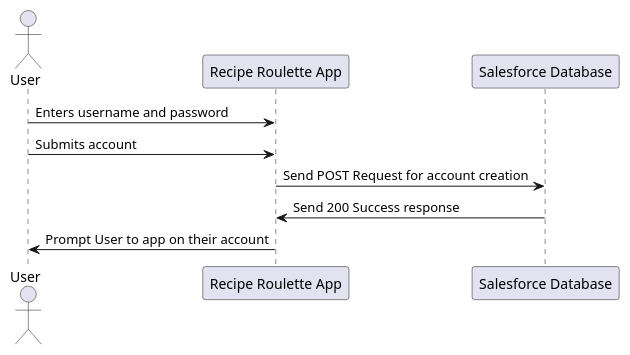
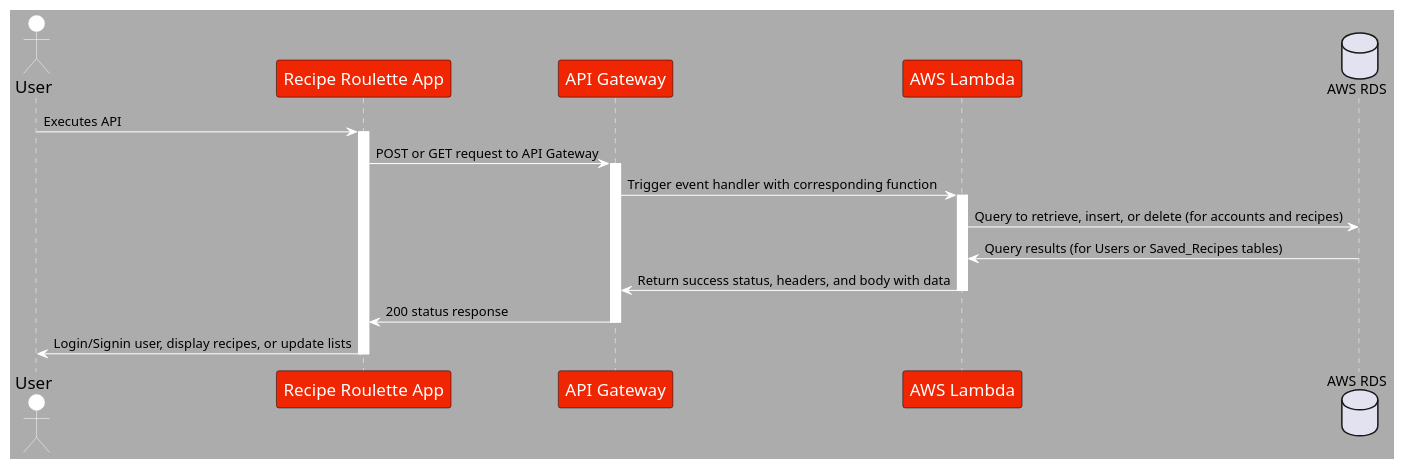
One commit to dodsoneatwit/recipe-roulette changed the diagram in my-app/public/diagrams/sequence_diagram_POST.puml. Above: the diagram before and after it, drawn with PlantUML. The commit also changed 16 other files, not shown here.

```diff
--- a/my-app/public/diagrams/sequence_diagram_POST.puml
+++ b/my-app/public/diagrams/sequence_diagram_POST.puml
@@ -1,14 +1,52 @@
 @startuml recipe roulette insert
 
+skinparam backgroundColor #acacac
+
+skinparam sequence {
+    ActorBorderColor #000000
+
+    ArrowColor #ffffff
+    ActorBorderColor #ffffff
+    LifeLineBorderColor #ffffff
+    LifeLineBackgroundColor #ffffff
+
+    ParticipantBorderColor #000000
+    ParticipantBackgroundColor #f02502
+    ParticipantFontSize 17
+    ParticipantFontColor #ffffff
+
+    ActorBackgroundColor #ffffff
+    ActorFontSize 17
+    ActorFontName Aapex
+}
 
 actor User
 participant "Recipe Roulette App" as App
-participant "Salesforce Database" as Database
+participant "API Gateway" as APIGateway
+participant "AWS Lambda" as Lambda
+database "AWS RDS" as MySQL
 
-User -> App: Enters username and password
-User -> App: Submits account
-App -> Database: Send POST Request for account creation
-Database -> App: Send 200 Success response
-App -> User: Prompt User to app on their account
+User -> App: Executes API
+activate App
+
+App -> APIGateway: POST or GET request to API Gateway
+activate APIGateway
+
+APIGateway -> Lambda: Trigger event handler with corresponding function
+activate Lambda
+
+Lambda -> MySQL: Query to retrieve, insert, or delete (for accounts and recipes)
+
+MySQL -> Lambda: Query results (for Users or Saved_Recipes tables)
+deactivate MySQL
+
+Lambda -> APIGateway: Return success status, headers, and body with data
+deactivate Lambda
+
+APIGateway -> App: 200 status response
+deactivate APIGateway
+
+App -> User: Login/Signin user, display recipes, or update lists
+deactivate App
 
 @enduml
```
